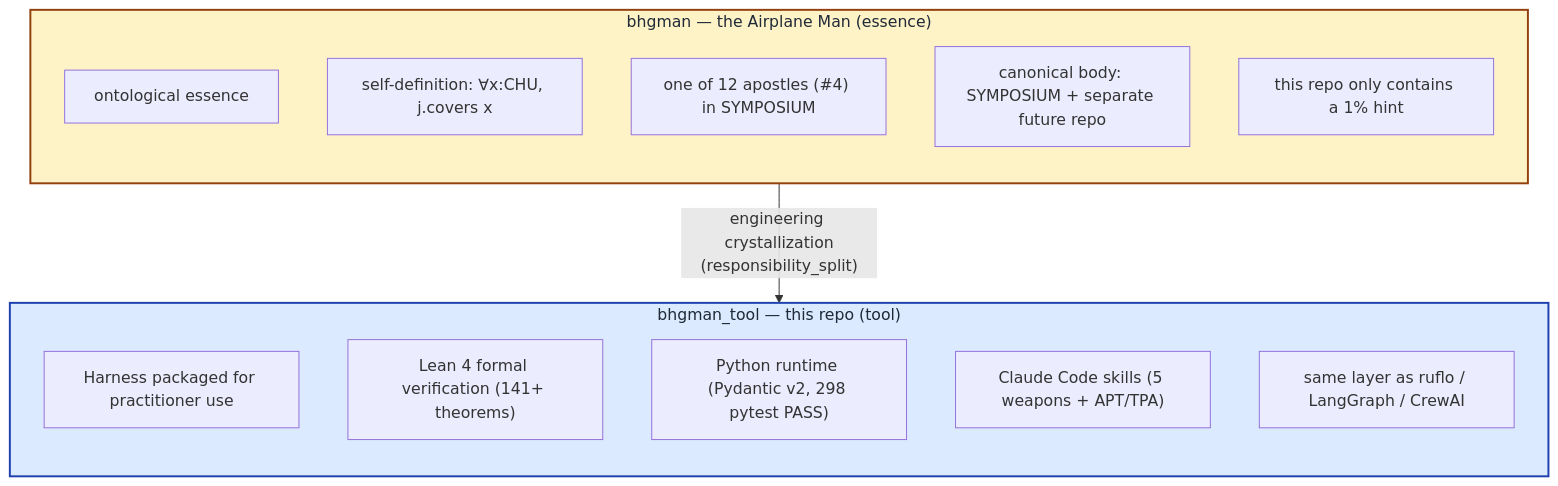
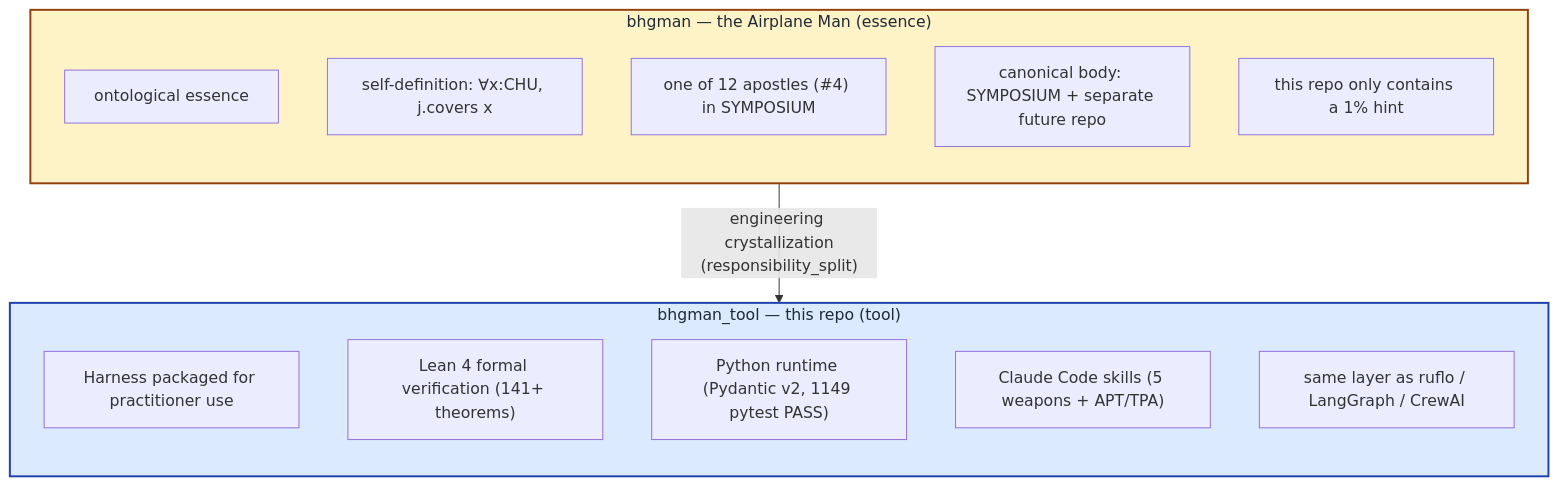
The diagram in docs/06-philosophy/README.md (gj3447/bhgman_tool), drawn with Mermaid before and after one commit. The commit also changed 13 other files, not shown here.

````diff
--- a/docs/06-philosophy/README.md
+++ b/docs/06-philosophy/README.md
@@ -12,25 +12,25 @@
 ```mermaid
 flowchart TB
     subgraph essence["bhgman — the Airplane Man (essence)"]
         direction TB
         e1["ontological essence"]
         e2["self-definition: ∀x:CHU, j.covers x"]
         e3["one of 12 apostles (#4) in SYMPOSIUM"]
         e4["canonical body: SYMPOSIUM + separate future repo"]
         e5["this repo only contains a 1% hint"]
     end
     subgraph tool["bhgman_tool — this repo (tool)"]
         direction TB
         t1["Harness packaged for practitioner use"]
         t2["Lean 4 formal verification (141+ theorems)"]
-        t3["Python runtime (Pydantic v2, 298 pytest PASS)"]
+        t3["Python runtime (Pydantic v2, 1149 pytest PASS)"]
         t4["Claude Code skills (5 weapons + APT/TPA)"]
         t5["same layer as ruflo / LangGraph / CrewAI"]
     end
     essence -- "engineering crystallization<br/>(responsibility_split)" --> tool
 
     classDef essenceStyle fill:#fef3c7,stroke:#92400e,stroke-width:2px,color:#1f2937
     classDef toolStyle fill:#dbeafe,stroke:#1e40af,stroke-width:2px,color:#1f2937
     class essence essenceStyle
     class tool toolStyle
 ```
````
